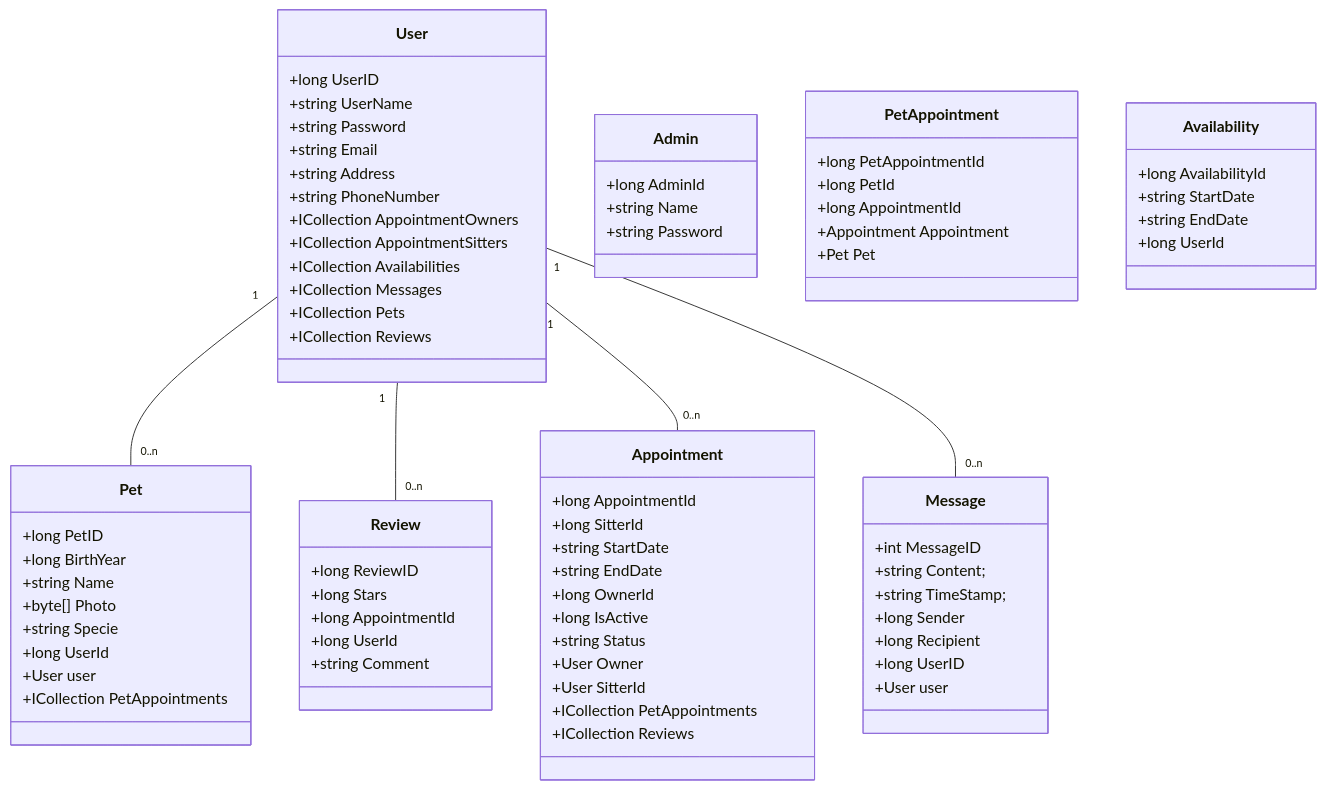
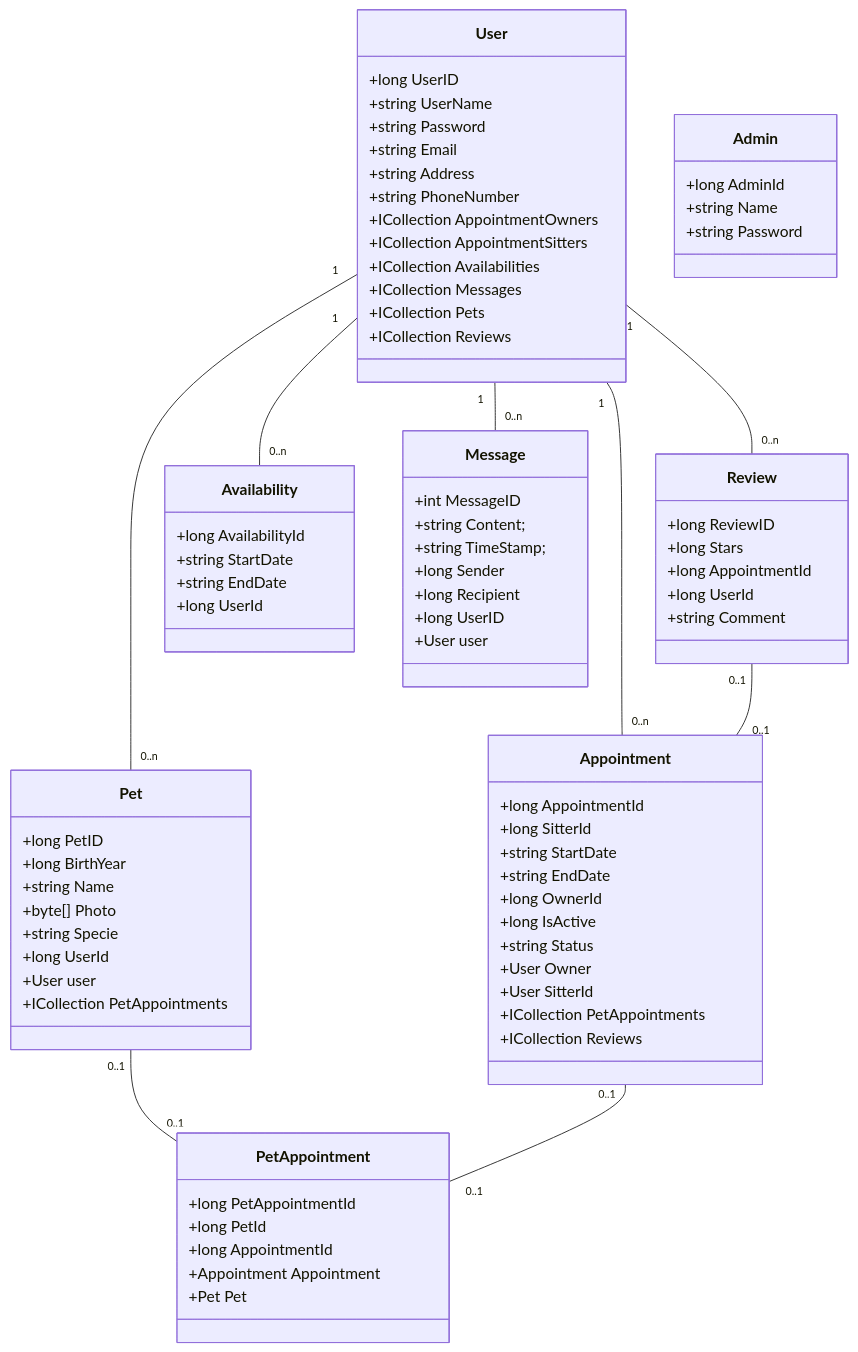
One commit to bryan-jose-valdiviezo/sit-a-pup changed the diagram in README.md. Above: the diagram before and after it, drawn with Mermaid.

````diff
--- a/README.md
+++ b/README.md
@@ -5,78 +5,82 @@
 ```mermaid
  classDiagram
       User "1" -- "0..n" Pet
       User "1" -- "0..n" Review
       User "1" -- "0..n" Appointment
+      User "1" -- "0..n" Availability
       User "1" -- "0..n" Message
+      Review "0..1" -- "0..1" Appointment
+      Pet "0..1" -- "0..1" PetAppointment
+      Appointment "0..1" -- "0..1" PetAppointment
       class Admin {
             +long AdminId
             +string Name
             +string Password
       }
       class User {
             +long UserID
             +string UserName
             +string Password
             +string Email
             +string Address
             +string PhoneNumber
             +ICollection<Appointment> AppointmentOwners
             +ICollection<Appointment> AppointmentSitters
             +ICollection<Availability> Availabilities
             +ICollection<Message> Messages
             +ICollection<Pet> Pets
             +ICollection<Review> Reviews
       }
       class Pet {
 		+long PetID
             +long BirthYear
 		+string Name
             +byte[] Photo
 		+string Specie
             +long UserId
             +User user
             +ICollection<PetAppointment> PetAppointments
 	}
       class PetAppointment {
             +long PetAppointmentId
             +long PetId
             +long AppointmentId
             +Appointment Appointment
             +Pet Pet
       }
       class Review {
             +long ReviewID
             +long Stars
             +long AppointmentId
             +long UserId
             +string Comment
       }
       class Availability {
             +long AvailabilityId
             +string StartDate
             +string EndDate
             +long UserId
       }
       class Appointment {
             +long AppointmentId
             +long SitterId
             +string StartDate
             +string EndDate
             +long OwnerId
             +long IsActive
             +string Status
             +User Owner
             +User SitterId
             +ICollection<PetAppointment> PetAppointments
             +ICollection<Review> Reviews
       }
       class Message {
             +int MessageID
             +string Content;
             +string TimeStamp;
             +long Sender
             +long Recipient
             +long UserID
             +User user
       }
 ```
````
